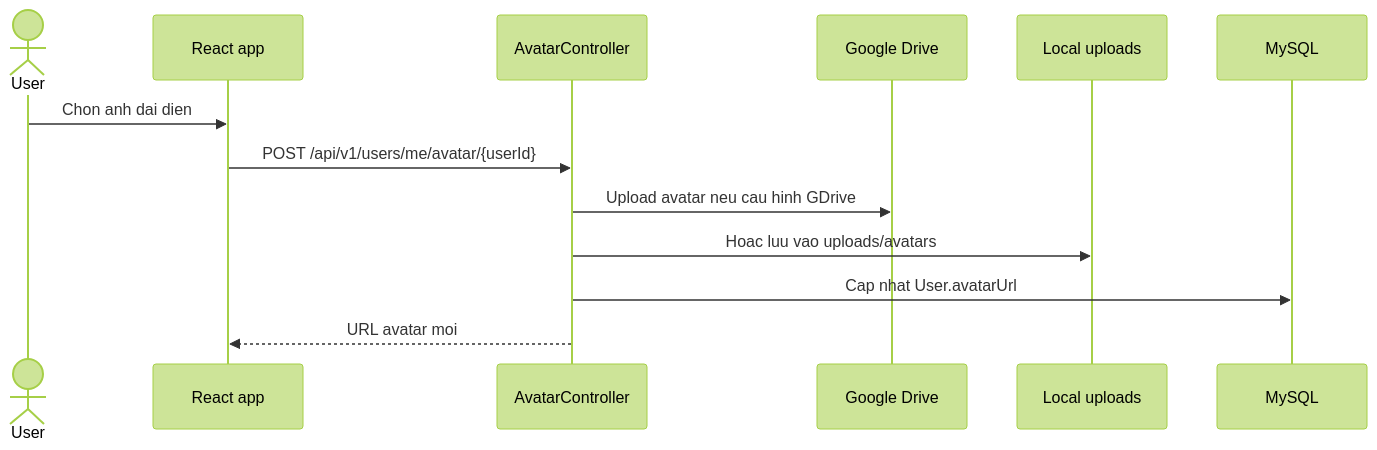
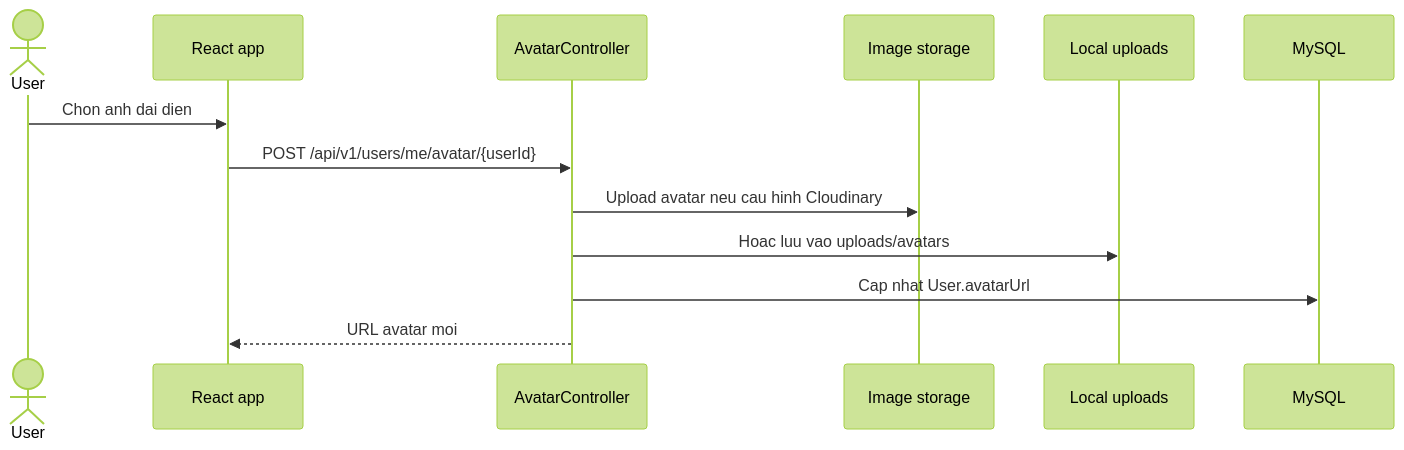
Diagram 14 of 16 in SYSTEM_GRAPH.md (daidoan1608/quiz), drawn with Mermaid (forest theme) before and after one commit. The commit also changed other lines of this file and 84 other files, not shown here.

Commit message:
refactor: remove google drive upload and cleanup api responses

````diff
--- a/SYSTEM_GRAPH.md
+++ b/SYSTEM_GRAPH.md
@@ -478,16 +478,16 @@
 ```mermaid
 sequenceDiagram
     actor U as User
     participant FE as React app
     participant API as AvatarController
-    participant Drive as Google Drive
+    participant Storage as Image storage
     participant FS as Local uploads
     participant DB as MySQL
 
     U->>FE: Chon anh dai dien
     FE->>API: POST /api/v1/users/me/avatar/{userId}
-    API->>Drive: Upload avatar neu cau hinh GDrive
+    API->>Storage: Upload avatar neu cau hinh Cloudinary
     API->>FS: Hoac luu vao uploads/avatars
     API->>DB: Cap nhat User.avatarUrl
     API-->>FE: URL avatar moi
 ```
````
